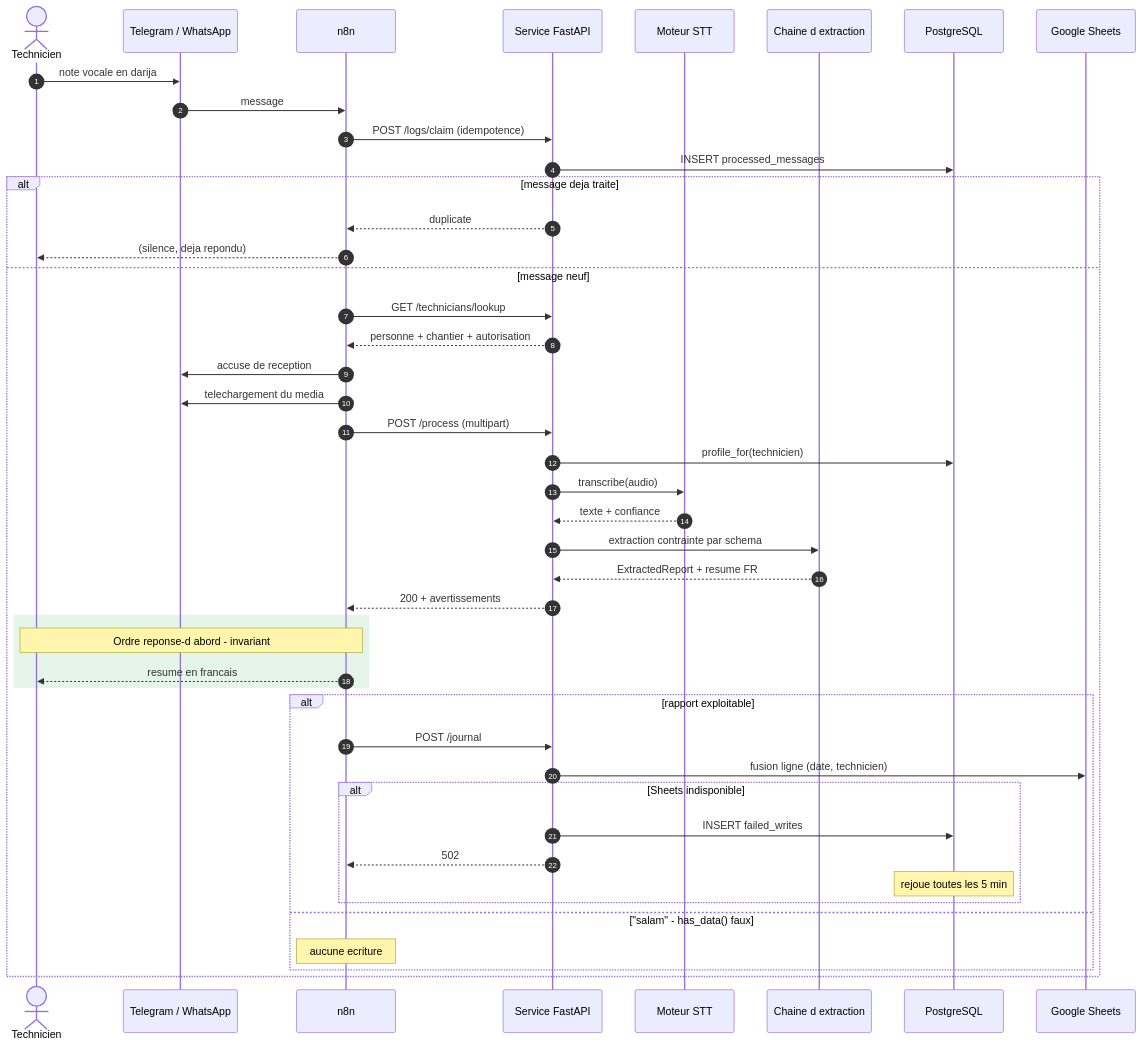
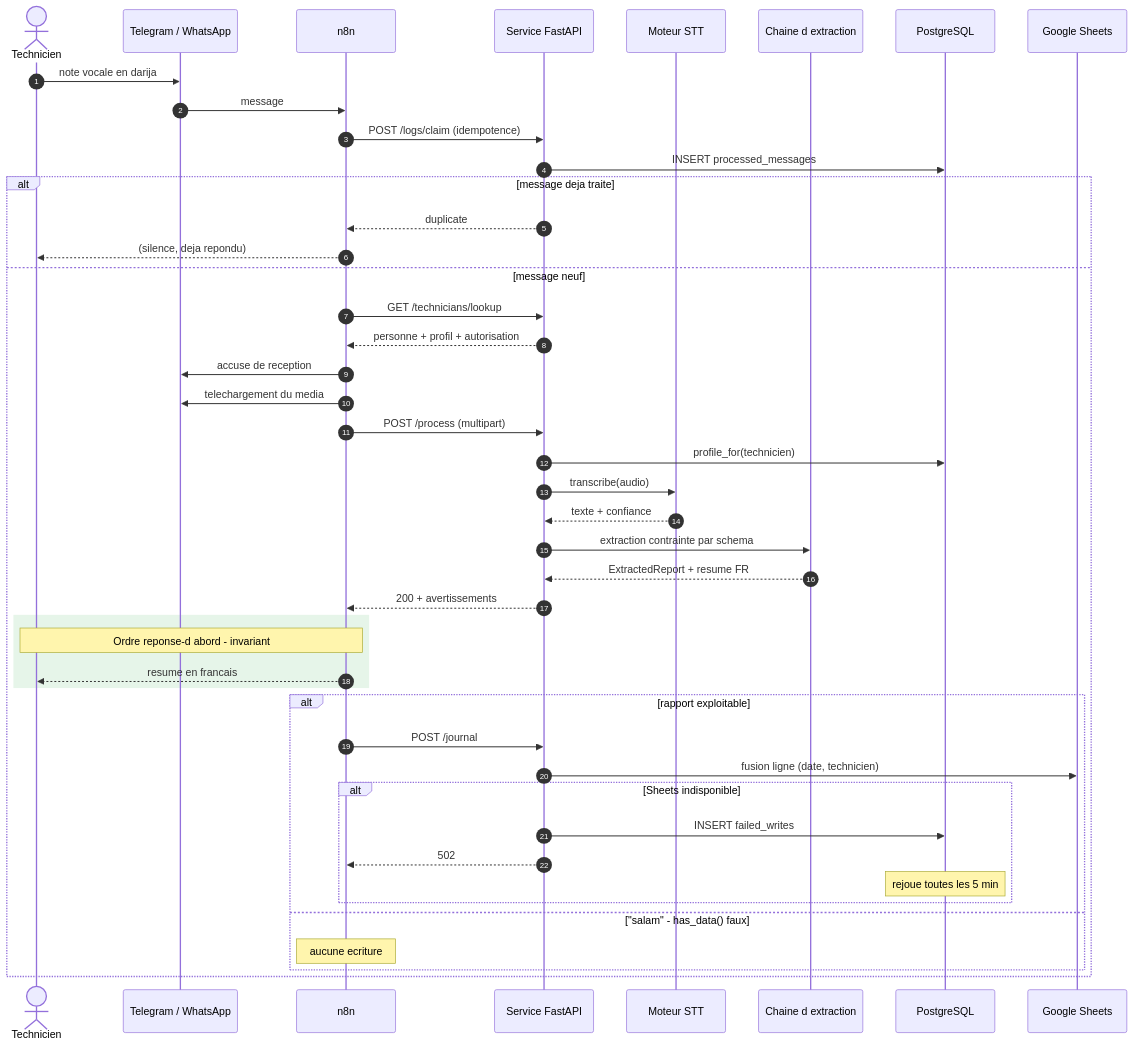
Before and after one commit to yassine808/PFE-aznet: the diagram in Pres+report/diagrams/02-lifecycle-voice.mmd, drawn with Mermaid. The commit also changed 18 other files, not shown here.

```diff
--- a/Pres+report/diagrams/02-lifecycle-voice.mmd
+++ b/Pres+report/diagrams/02-lifecycle-voice.mmd
@@ -1,48 +1,48 @@
 sequenceDiagram
     autonumber
     actor Tech as Technicien
     participant Canal as Telegram / WhatsApp
     participant N8N as n8n
     participant API as Service FastAPI
     participant STT as Moteur STT
     participant LLM as Chaine d extraction
     participant PG as PostgreSQL
     participant GS as Google Sheets
 
     Tech->>Canal: note vocale en darija
     Canal->>N8N: message
     N8N->>API: POST /logs/claim (idempotence)
     API->>PG: INSERT processed_messages
     alt message deja traite
         API-->>N8N: duplicate
         N8N-->>Tech: (silence, deja repondu)
     else message neuf
         N8N->>API: GET /technicians/lookup
-        API-->>N8N: personne + chantier + autorisation
+        API-->>N8N: personne + profil + autorisation
         N8N->>Canal: accuse de reception
         N8N->>Canal: telechargement du media
         N8N->>API: POST /process (multipart)
         API->>PG: profile_for(technicien)
         API->>STT: transcribe(audio)
         STT-->>API: texte + confiance
         API->>LLM: extraction contrainte par schema
         LLM-->>API: ExtractedReport + resume FR
         API-->>N8N: 200 + avertissements
 
         rect rgb(230, 245, 233)
         note over N8N,Tech: Ordre reponse-d abord - invariant
         N8N-->>Tech: resume en francais
         end
 
         alt rapport exploitable
             N8N->>API: POST /journal
             API->>GS: fusion ligne (date, technicien)
             alt Sheets indisponible
                 API->>PG: INSERT failed_writes
                 API-->>N8N: 502
                 note over PG: rejoue toutes les 5 min
             end
         else "salam" - has_data() faux
             note over N8N: aucune ecriture
         end
     end
```
